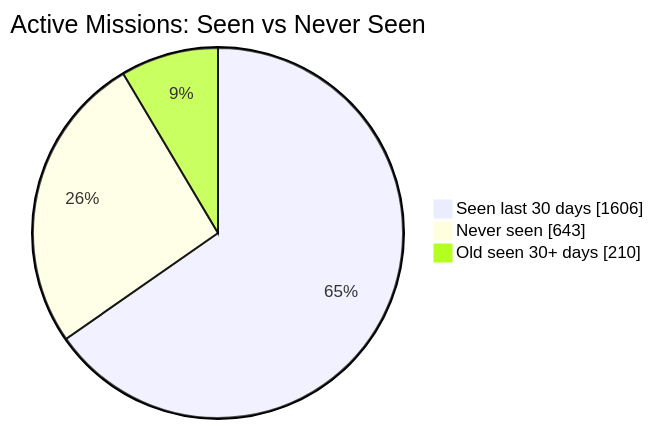
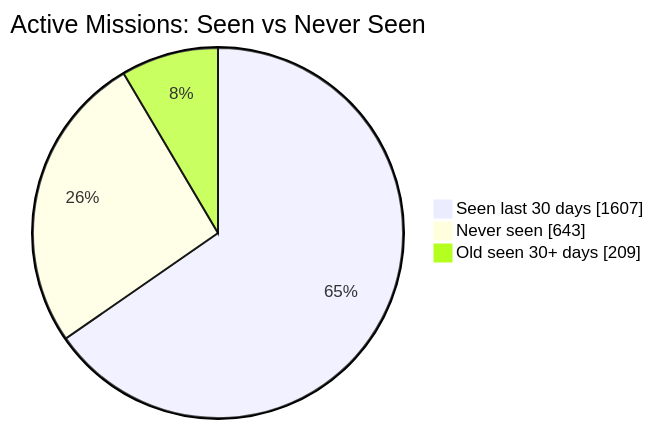
The first of 2 diagrams in README.md (MeldkamerspelGameTeam/active-missions), drawn with Mermaid before and after one commit. The commit also changed other lines of this file and 2 other files, not shown here.

````diff
--- a/README.md
+++ b/README.md
@@ -34,7 +34,7 @@
 ```mermaid
 pie showData
     title Active Missions: Seen vs Never Seen
-    "Seen last 30 days" : 1606
+    "Seen last 30 days" : 1607
     "Never seen" : 643
-    "Old seen 30+ days" : 210
+    "Old seen 30+ days" : 209
 ```
````
